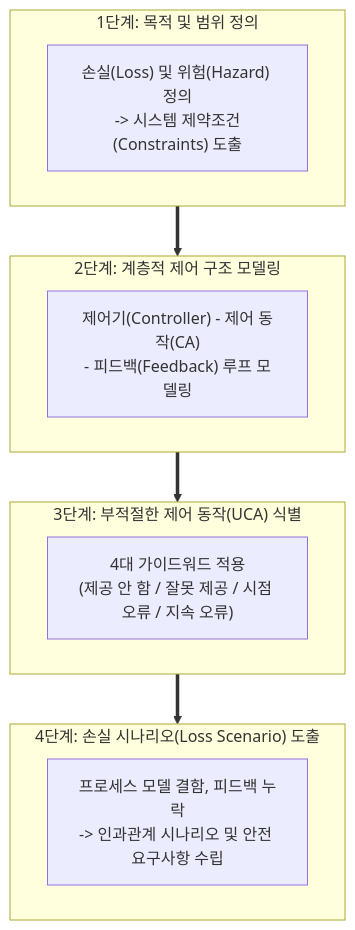
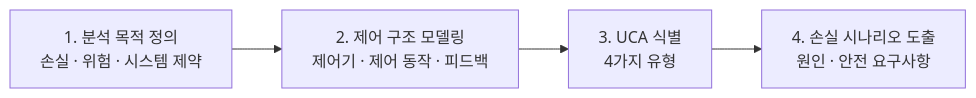
One commit to supremethumb/supremethumb.github.io changed the diagram in content/01_IT Tech/STPA.md. Above: the diagram before and after it, drawn with Mermaid. The commit also changed other lines of this file and 1087 other files, not shown here.

````diff
--- a/content/01_IT Tech/STPA.md
+++ b/content/01_IT Tech/STPA.md
@@ -25,21 +34,6 @@
 ```mermaid
-flowchart TB
-    subgraph Step1["1단계: 목적 및 범위 정의"]
-        S1["손실(Loss) 및 위험(Hazard) 정의<br/>-> 시스템 제약조건(Constraints) 도출"]
-    end
-
-    subgraph Step2["2단계: 계층적 제어 구조 모델링"]
-        S2["제어기(Controller) - 제어 동작(CA)<br/>- 피드백(Feedback) 루프 모델링"]
-    end
-
-    subgraph Step3["3단계: 부적절한 제어 동작(UCA) 식별"]
-        S3["4대 가이드워드 적용<br/>(제공 안 함 / 잘못 제공 / 시점 오류 / 지속 오류)"]
-    end
-
-    subgraph Step4["4단계: 손실 시나리오(Loss Scenario) 도출"]
-        S4["프로세스 모델 결함, 피드백 누락<br/>-> 인과관계 시나리오 및 안전 요구사항 수립"]
-    end
-
-    Step1 ==> Step2 ==> Step3 ==> Step4
-
+flowchart LR
+    S1["1. 분석 목적 정의<br/>손실 · 위험 · 시스템 제약"] --> S2["2. 제어 구조 모델링<br/>제어기 · 제어 동작 · 피드백"]
+    S2 --> S3["3. UCA 식별<br/>4가지 유형"]
+    S3 --> S4["4. 손실 시나리오 도출<br/>원인 · 안전 요구사항"]
 ```
````
